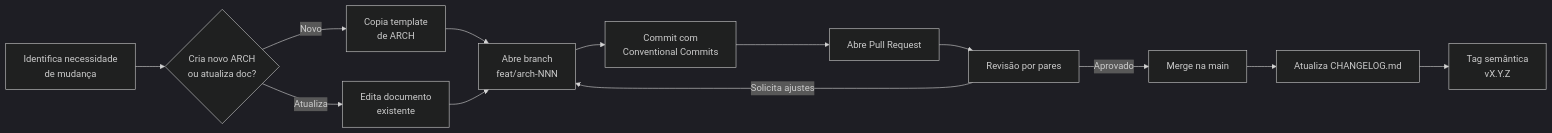
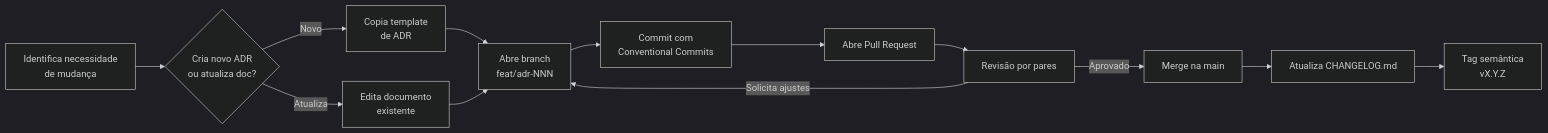
The first of 2 diagrams in README.md (guisantoslima/ArchVault-Versioner), drawn with Mermaid (dark theme) before and after one commit. The commit also changed other lines of this file and 2 other files, not shown here.

````diff
--- a/README.md
+++ b/README.md
@@ -118,15 +118,15 @@
 ```mermaid
 graph LR
-    A[Identifica necessidade<br/>de mudança] --> B{Cria novo ARCH<br/>ou atualiza doc?}
-    B -->|Novo| C[Copia template<br/>de ARCH]
+    A[Identifica necessidade<br/>de mudança] --> B{Cria novo ADR<br/>ou atualiza doc?}
+    B -->|Novo| C[Copia template<br/>de ADR]
     B -->|Atualiza| D[Edita documento<br/>existente]
-    C --> E[Abre branch<br/>feat/arch-NNN]
+    C --> E[Abre branch<br/>feat/adr-NNN]
     D --> E
     E --> F[Commit com<br/>Conventional Commits]
     F --> G[Abre Pull Request]
     G --> H[Revisão por pares]
     H -->|Aprovado| I[Merge na main]
     H -->|Solicita ajustes| E
     I --> J[Atualiza CHANGELOG.md]
     J --> K[Tag semântica<br/>vX.Y.Z]
 ```
````
